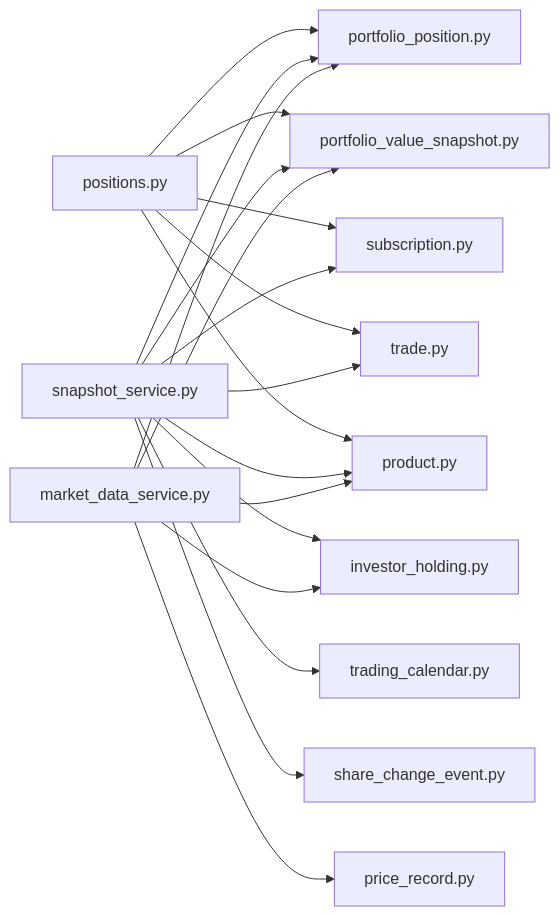
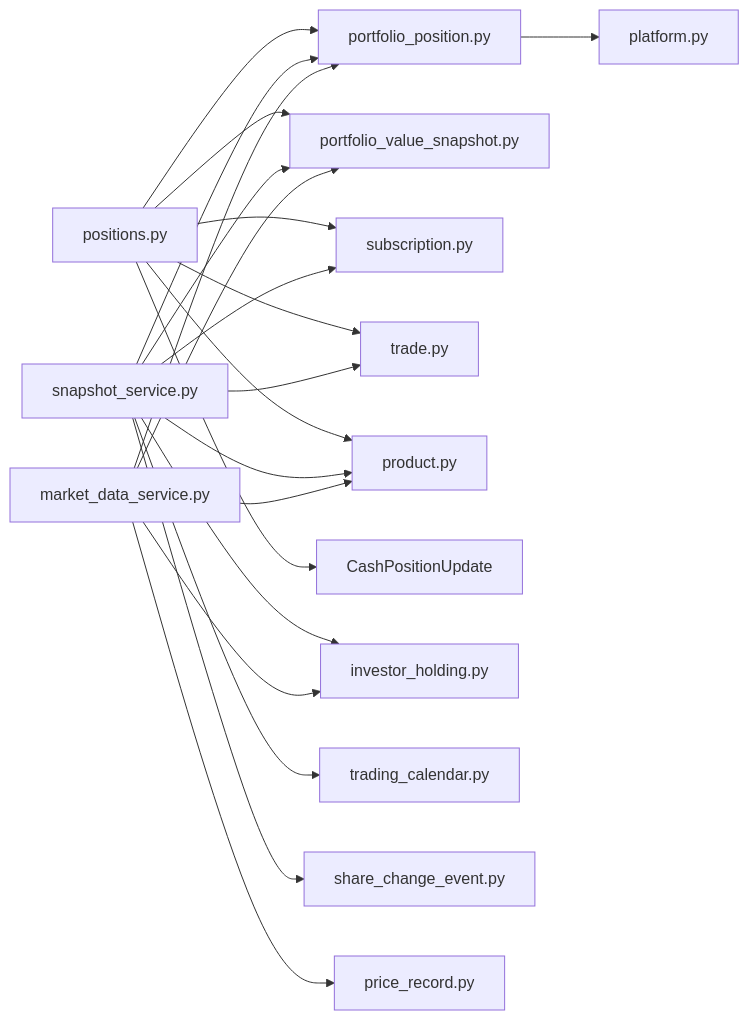
The eighth of 8 diagrams in .qoder/repowiki/zh/content/核心业务功能/持仓管理.md (gujialind/InvestRing), drawn with Mermaid before and after one commit. The commit also changed other lines of this file and 16 other files, not shown here.

````diff
--- a/.qoder/repowiki/zh/content/核心业务功能/持仓管理.md
+++ b/.qoder/repowiki/zh/content/核心业务功能/持仓管理.md
@@ -373,21 +441,23 @@
 ```mermaid
 graph LR
 P["positions.py"] --> PP["portfolio_position.py"]
 P --> PVS["portfolio_value_snapshot.py"]
 P --> SUB["subscription.py"]
 P --> TR["trade.py"]
 P --> PRD["product.py"]
+P --> CPSU["CashPositionUpdate"]
 SS["snapshot_service.py"] --> PP
 SS --> PVS
 SS --> INVH["investor_holding.py"]
 SS --> TR
 SS --> SUB
 SS --> PRD
 SS --> PCAL["trading_calendar.py"]
 SS --> SCE["share_change_event.py"]
 MDS["market_data_service.py"] --> PRD
 MDS --> PP
 MDS --> PVS
 MDS --> PR["price_record.py"]
 MDS --> INVH
+PP --> PL["platform.py"]
 ```
````
